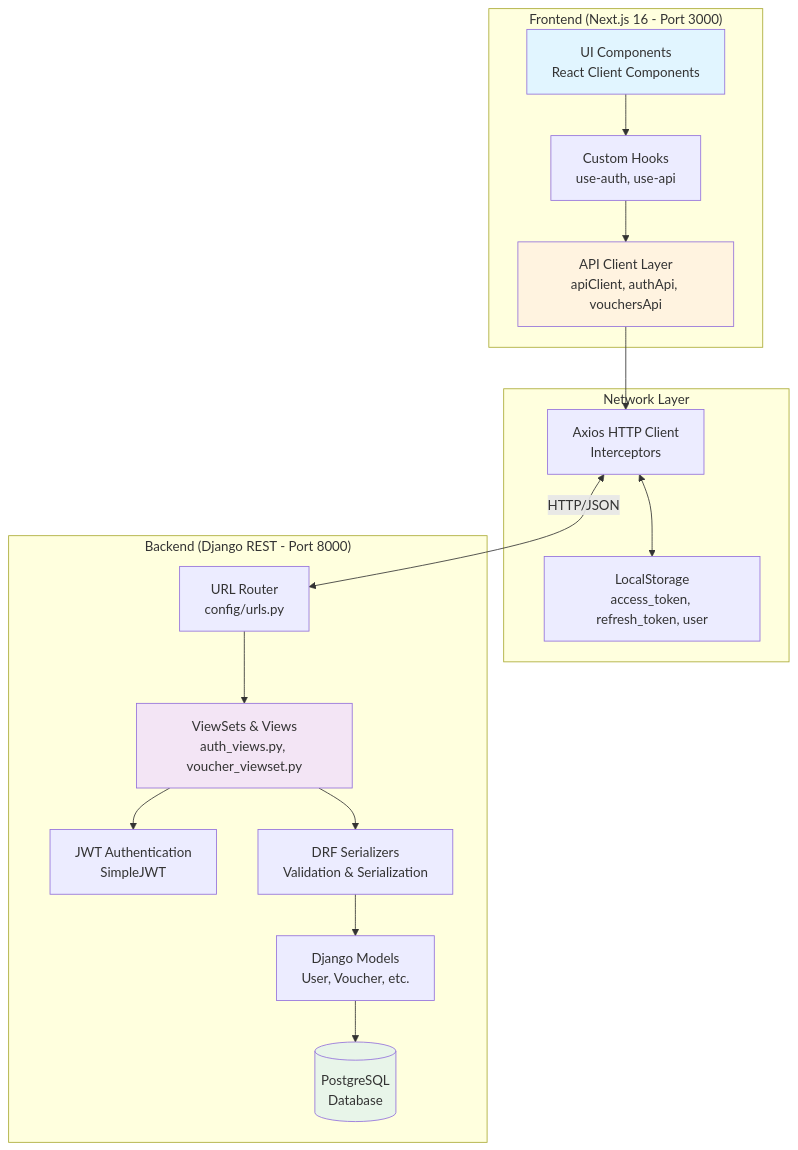
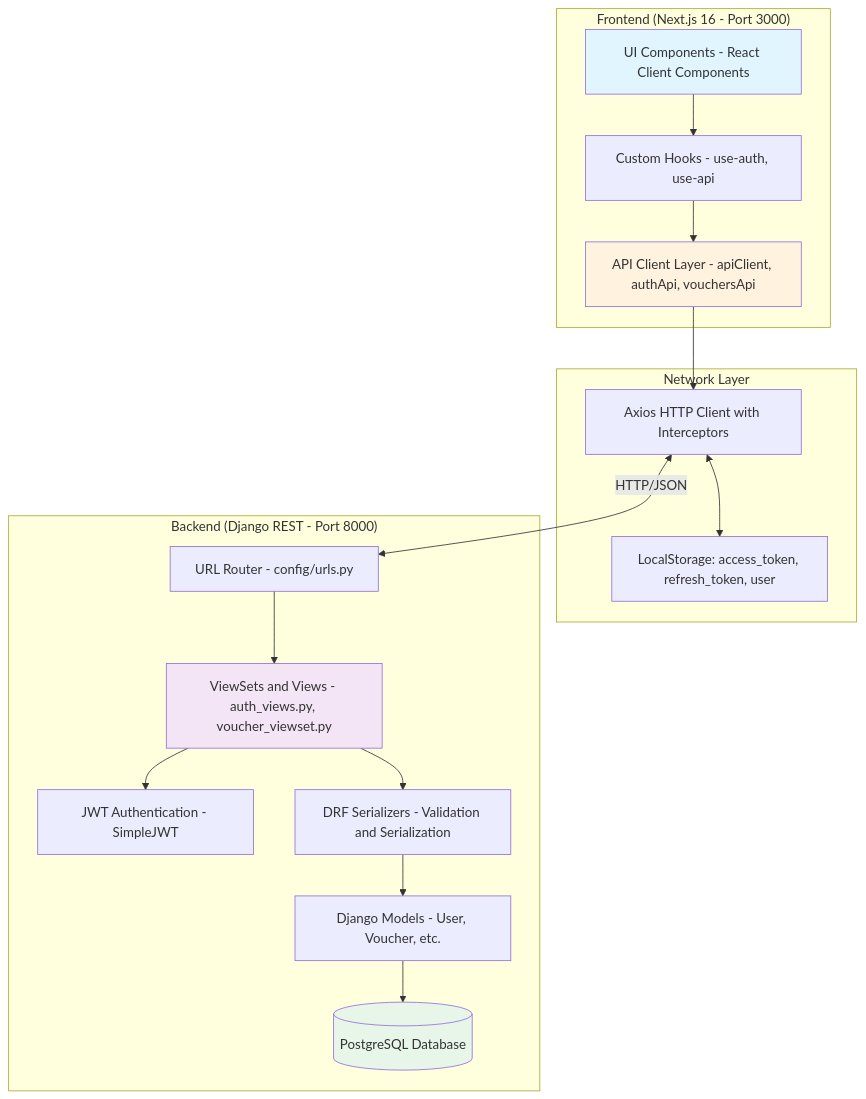
One commit to iamgerwin/user-voucher-django-next changed the first of 11 diagrams in WALKTHROUGH.md. Above: the diagram before and after it, drawn with Mermaid. The commit also changed other lines of this file, not shown here.

First line of the commit message:
fix: resolve Mermaid diagram rendering errors in WALKTHROUGH.md

````diff
--- a/WALKTHROUGH.md
+++ b/WALKTHROUGH.md
@@ -22,38 +22,38 @@
 ```mermaid
 graph TB
     subgraph "Frontend (Next.js 16 - Port 3000)"
-        UI[UI Components<br/>React Client Components]
-        Hooks[Custom Hooks<br/>use-auth, use-api]
-        API[API Client Layer<br/>apiClient, authApi, vouchersApi]
+        UI["UI Components - React Client Components"]
+        Hooks["Custom Hooks - use-auth, use-api"]
+        API["API Client Layer - apiClient, authApi, vouchersApi"]
     end
 
     subgraph "Network Layer"
-        Axios[Axios HTTP Client<br/>Interceptors]
-        Storage[LocalStorage<br/>access_token, refresh_token, user]
+        Axios["Axios HTTP Client with Interceptors"]
+        Storage["LocalStorage: access_token, refresh_token, user"]
     end
 
     subgraph "Backend (Django REST - Port 8000)"
-        Routes[URL Router<br/>config/urls.py]
-        Views[ViewSets & Views<br/>auth_views.py, voucher_viewset.py]
-        Auth[JWT Authentication<br/>SimpleJWT]
-        Serializers[DRF Serializers<br/>Validation & Serialization]
-        Models[Django Models<br/>User, Voucher, etc.]
-        DB[(PostgreSQL<br/>Database)]
+        Routes["URL Router - config/urls.py"]
+        Views["ViewSets and Views - auth_views.py, voucher_viewset.py"]
+        Auth["JWT Authentication - SimpleJWT"]
+        Serializers["DRF Serializers - Validation and Serialization"]
+        Models["Django Models - User, Voucher, etc."]
+        DB[("PostgreSQL Database")]
     end
 
     UI --> Hooks
     Hooks --> API
     API --> Axios
     Axios <--> Storage
     Axios <-->|HTTP/JSON| Routes
     Routes --> Views
     Views --> Auth
     Views --> Serializers
     Serializers --> Models
     Models --> DB
 
     style UI fill:#e1f5ff
     style API fill:#fff3e0
     style Views fill:#f3e5f5
     style DB fill:#e8f5e9
 ```
````
